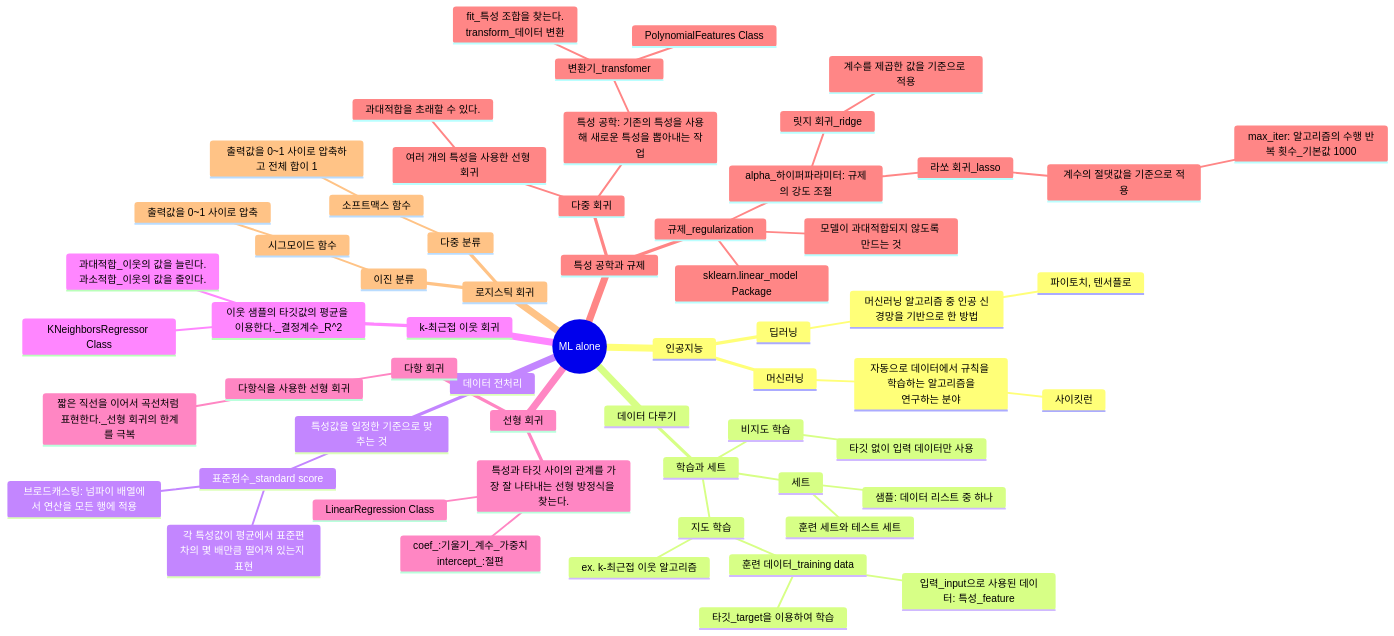
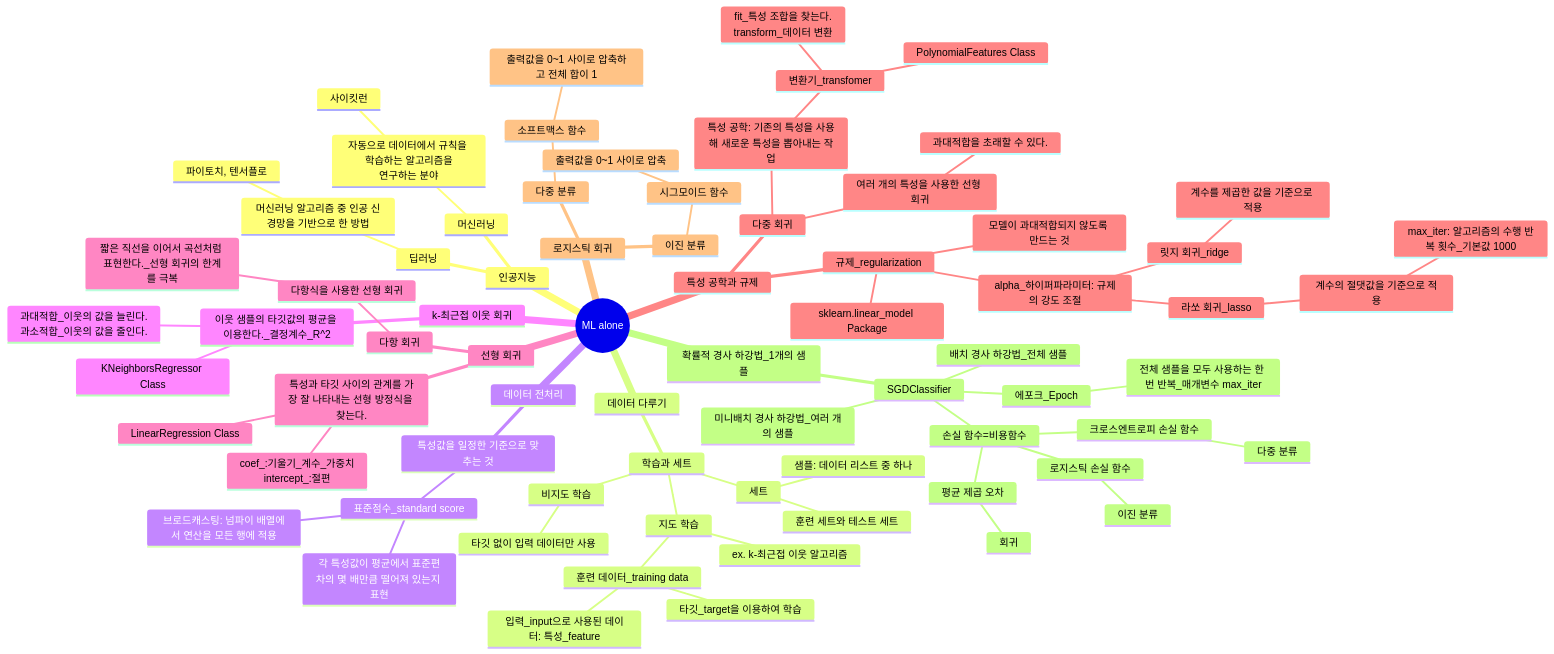
The diagram in mindmap.md (Jieun011211/ml-study-alone), drawn with Mermaid before and after one commit. The commit also changed 1 other file, not shown here.

Commit message:
04-2. 확률적 경사 하강법

````diff
--- a/mindmap.md
+++ b/mindmap.md
@@ -1,64 +1,77 @@
 ```mermaid
     mindmap
   root((ML alone))
     인공지능
       머신러닝
         자동으로 데이터에서 규칙을 학습하는 알고리즘을<br/>연구하는 분야
             사이킷런
       딥러닝
         머신러닝 알고리즘 중 인공 신경망을 기반으로 한 방법
             파이토치, 텐서플로    
     데이터 다루기
       학습과 세트
         지도 학습
             훈련 데이터_training data
                 입력_input으로 사용된 데이터: 특성_feature
                 타깃_target을 이용하여 학습
             ex. k-최근접 이웃 알고리즘
         비지도 학습
             타깃 없이 입력 데이터만 사용
         세트
             훈련 세트와 테스트 세트
             샘플: 데이터 리스트 중 하나
     데이터 전처리
       특성값을 일정한 기준으로 맞추는 것
         표준점수_standard score
           각 특성값이 평균에서 표준편차의 몇 배만큼 떨어져 있는지 표현
           브로드캐스팅: 넘파이 배열에서 연산을 모든 행에 적용
     k-최근접 이웃 회귀
         이웃 샘플의 타깃값의 평균을 이용한다._결정계수_R^2
             KNeighborsRegressor Class
             과대적합_이웃의 값을 늘린다.<br>과소적합_이웃의 값을 줄인다.
     선형 회귀
       특성과 타깃 사이의 관계를 가장 잘 나타내는 선형 방정식을 찾는다.
         LinearRegression Class
         coef_:기울기_계수_가중치<br>intercept_:절편
       다항 회귀
         다항식을 사용한 선형 회귀
           짧은 직선을 이어서 곡선처럼 표현한다._선형 회귀의 한계를 극복
     특성 공학과 규제
       다중 회귀
         여러 개의 특성을 사용한 선형 회귀
           과대적합을 초래할 수 있다.
         특성 공학: 기존의 특성을 사용해 새로운 특성을 뽑아내는 작업
           변환기_transfomer
             PolynomialFeatures Class
             fit_특성 조합을 찾는다.<br>transform_데이터 변환
       규제_regularization
         모델이 과대적합되지 않도록 만드는 것
         sklearn.linear_model Package
         alpha_하이퍼파라미터: 규제의 강도 조절
           릿지 회귀_ridge
             계수를 제곱한 값을 기준으로 적용
           라쏘 회귀_lasso
             계수의 절댓값을 기준으로 적용
               max_iter: 알고리즘의 수행 반복 횟수_기본값 1000
     로지스틱 회귀
       이진 분류
         시그모이드 함수
           출력값을 0~1 사이로 압축
       다중 분류
         소프트맥스 함수
           출력값을 0~1 사이로 압축하고 전체 합이 1
+    확률적 경사 하강법_1개의 샘플
+      SGDClassifier
+        미니배치 경사 하강법_여러 개의 샘플
+        배치 경사 하강법_전체 샘플
+        손실 함수=비용함수
+          로지스틱 손실 함수
+            이진 분류
+          크로스엔트로피 손실 함수
+            다중 분류
+          평균 제곱 오차
+            회귀
+        에포크_Epoch
+          전체 샘플을 모두 사용하는 한 번 반복_매개변수 max_iter
 
 ```
````
